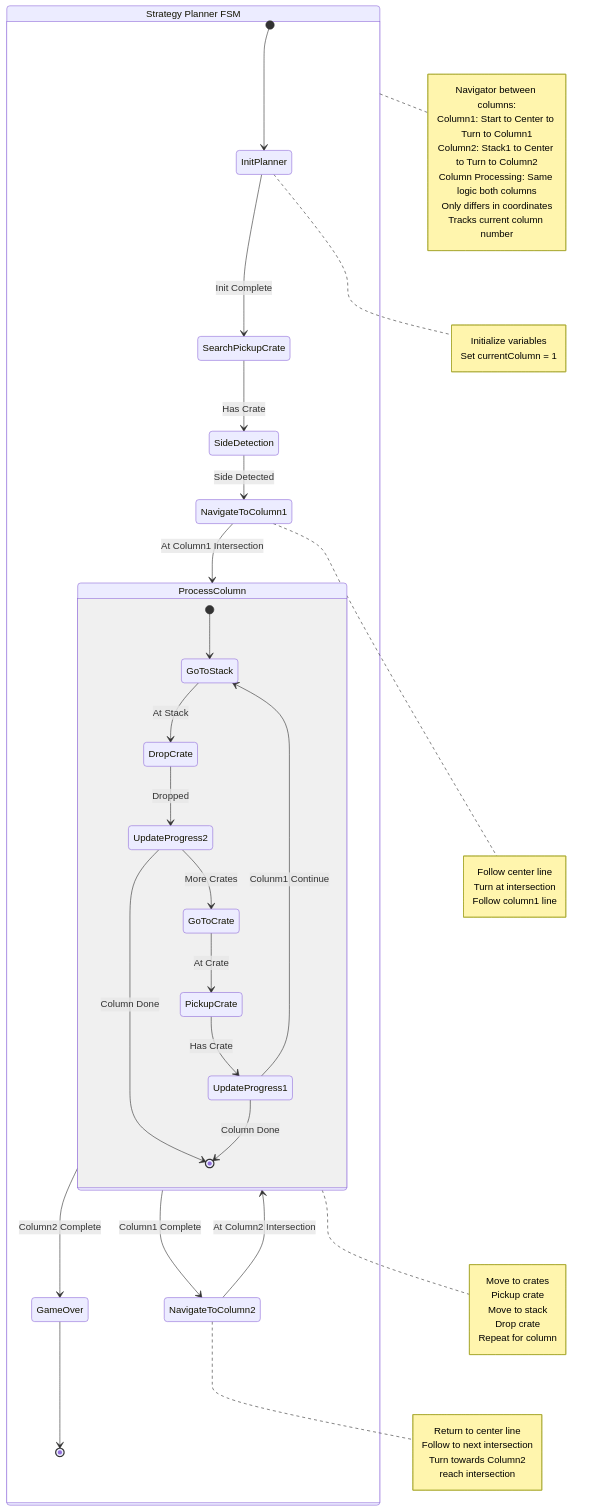
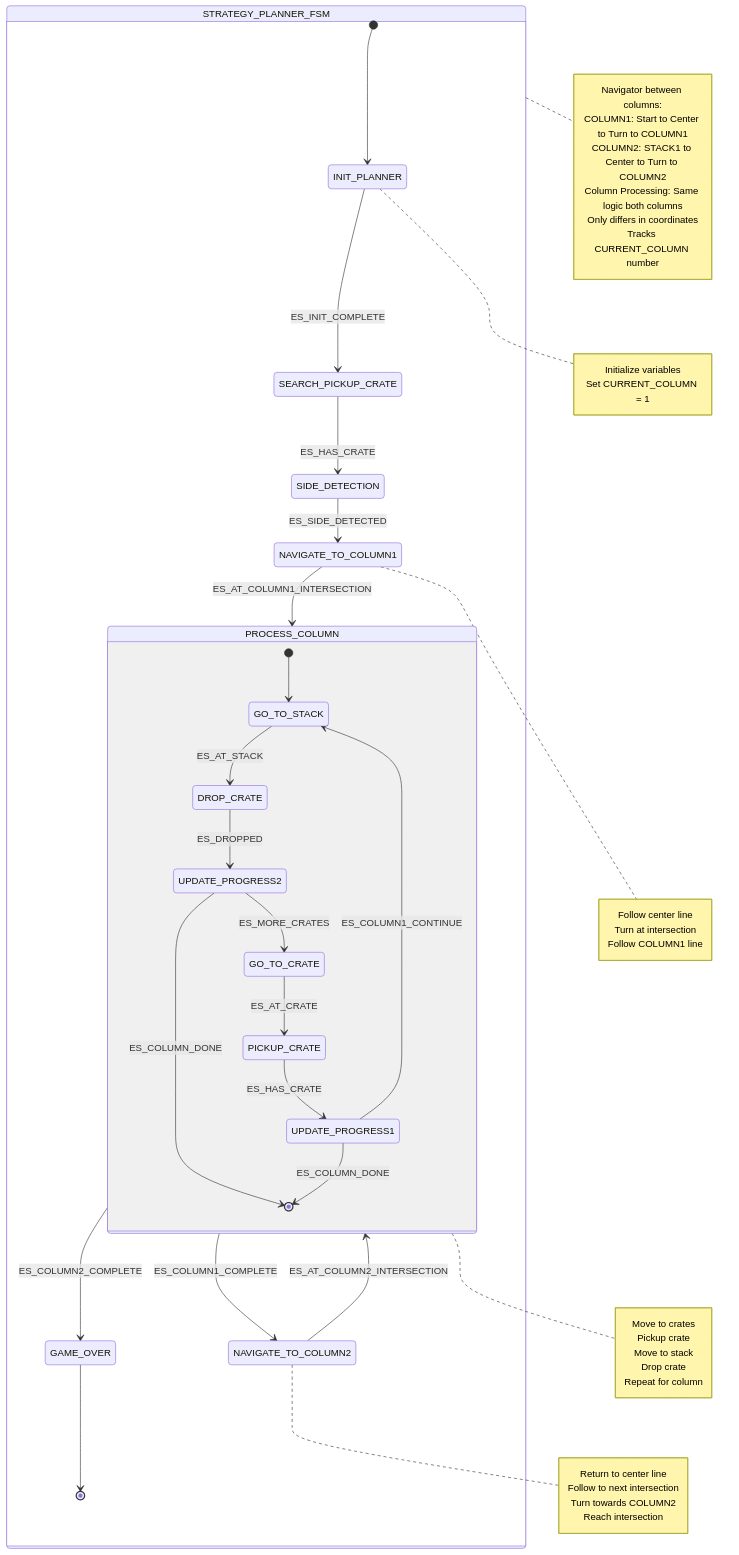
The diagram in FSM/planner.md (yuanzhedong/ME218-final), drawn with Mermaid before and after one commit.

````diff
--- a/FSM/planner.md
+++ b/FSM/planner.md
@@ -1,65 +1,69 @@
 ```mermaid
 stateDiagram-v2
-    state "Strategy Planner FSM" as PlannerFSM {
-        [*] --> InitPlanner
+    state "STRATEGY_PLANNER_FSM" as PLANNER_FSM {
+        [*] --> INIT_PLANNER
         
-        InitPlanner --> SearchPickupCrate: Init Complete
-        SearchPickupCrate --> SideDetection: Has Crate
-        SideDetection --> NavigateToColumn1: Side Detected
-        note right of InitPlanner
+        INIT_PLANNER --> SEARCH_PICKUP_CRATE: ES_INIT_COMPLETE
+        SEARCH_PICKUP_CRATE --> SIDE_DETECTION: ES_HAS_CRATE
+        SIDE_DETECTION --> NAVIGATE_TO_COLUMN1: ES_SIDE_DETECTED
+        
+        note right of INIT_PLANNER
             Initialize variables
-            Set currentColumn = 1
+            Set CURRENT_COLUMN = 1
         end note
 
-        NavigateToColumn1 --> ProcessColumn: At Column1 Intersection
-        note right of NavigateToColumn1
+        NAVIGATE_TO_COLUMN1 --> PROCESS_COLUMN: ES_AT_COLUMN1_INTERSECTION
+        
+        note right of NAVIGATE_TO_COLUMN1
             Follow center line
             Turn at intersection
-            Follow column1 line
+            Follow COLUMN1 line
         end note
 
-        state ProcessColumn {
-            [*] --> GoToStack
-            GoToStack --> DropCrate: At Stack
-            DropCrate --> UpdateProgress2: Dropped
-            UpdateProgress2 --> GoToCrate: More Crates
-            GoToCrate --> PickupCrate: At Crate
+        state PROCESS_COLUMN {
+            [*] --> GO_TO_STACK
+            GO_TO_STACK --> DROP_CRATE: ES_AT_STACK
+            DROP_CRATE --> UPDATE_PROGRESS2: ES_DROPPED
+            UPDATE_PROGRESS2 --> GO_TO_CRATE: ES_MORE_CRATES
+            GO_TO_CRATE --> PICKUP_CRATE: ES_AT_CRATE
 
-            PickupCrate --> UpdateProgress1: Has Crate
-            UpdateProgress1 --> GoToStack: Colunm1 Continue
+            PICKUP_CRATE --> UPDATE_PROGRESS1: ES_HAS_CRATE
+            UPDATE_PROGRESS1 --> GO_TO_STACK: ES_COLUMN1_CONTINUE
 
-            UpdateProgress2 --> [*]: Column Done
-            UpdateProgress1 --> [*]: Column Done
+            UPDATE_PROGRESS2 --> [*]: ES_COLUMN_DONE
+            UPDATE_PROGRESS1 --> [*]: ES_COLUMN_DONE
         }
 
-        ProcessColumn --> NavigateToColumn2: Column1 Complete
-        note right of ProcessColumn
+        PROCESS_COLUMN --> NAVIGATE_TO_COLUMN2: ES_COLUMN1_COMPLETE
+        
+        note right of PROCESS_COLUMN
             Move to crates
             Pickup crate
             Move to stack
             Drop crate
             Repeat for column
         end note
 
-        NavigateToColumn2 --> ProcessColumn: At Column2 Intersection
-        note right of NavigateToColumn2
+        NAVIGATE_TO_COLUMN2 --> PROCESS_COLUMN: ES_AT_COLUMN2_INTERSECTION
+        
+        note right of NAVIGATE_TO_COLUMN2
             Return to center line
             Follow to next intersection
-            Turn towards Column2
-            reach intersection
+            Turn towards COLUMN2
+            Reach intersection
         end note
 
-        ProcessColumn --> GameOver: Column2 Complete
+        PROCESS_COLUMN --> GAME_OVER: ES_COLUMN2_COMPLETE
         
-        GameOver --> [*]
+        GAME_OVER --> [*]
     }
 
-    note right of PlannerFSM
+    note right of PLANNER_FSM
         Navigator between columns:
-        Column1: Start to Center to Turn to Column1
-        Column2: Stack1 to Center to Turn to Column2
+        COLUMN1: Start to Center to Turn to COLUMN1
+        COLUMN2: STACK1 to Center to Turn to COLUMN2
         Column Processing: Same logic both columns
         Only differs in coordinates
-        Tracks current column number
+        Tracks CURRENT_COLUMN number
     end note
 ```
````
